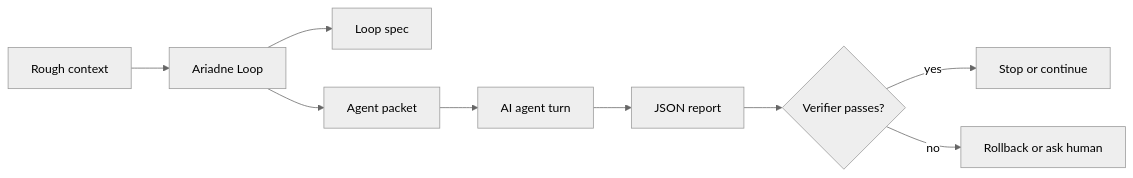
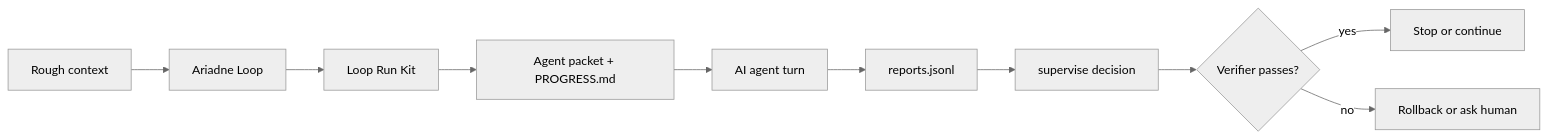
Before and after one commit to zhangzeyu99-web/ariadne-loop: the diagram in README.md, drawn with Mermaid (neutral theme). The commit also changed other lines of this file and 32 other files, not shown here.

Commit message:
Build loop run kit and orange book controls

````diff
--- a/README.md
+++ b/README.md
@@ -13,11 +13,12 @@
 ```mermaid
 flowchart LR
     A["Rough context"] --> B["Ariadne Loop"]
-    B --> C["Loop spec"]
-    B --> D["Agent packet"]
+    B --> C["Loop Run Kit"]
+    C --> D["Agent packet + PROGRESS.md"]
     D --> E["AI agent turn"]
-    E --> F["JSON report"]
-    F --> G{"Verifier passes?"}
-    G -- yes --> H["Stop or continue"]
-    G -- no --> I["Rollback or ask human"]
+    E --> F["reports.jsonl"]
+    F --> G["supervise decision"]
+    G --> H{"Verifier passes?"}
+    H -- yes --> I["Stop or continue"]
+    H -- no --> J["Rollback or ask human"]
 ```
````
